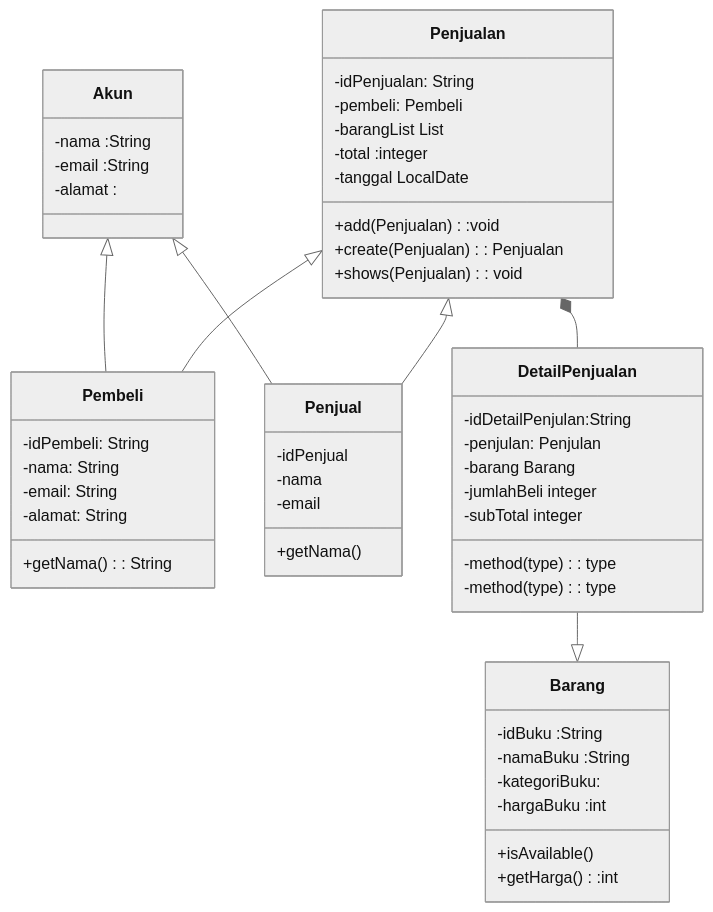
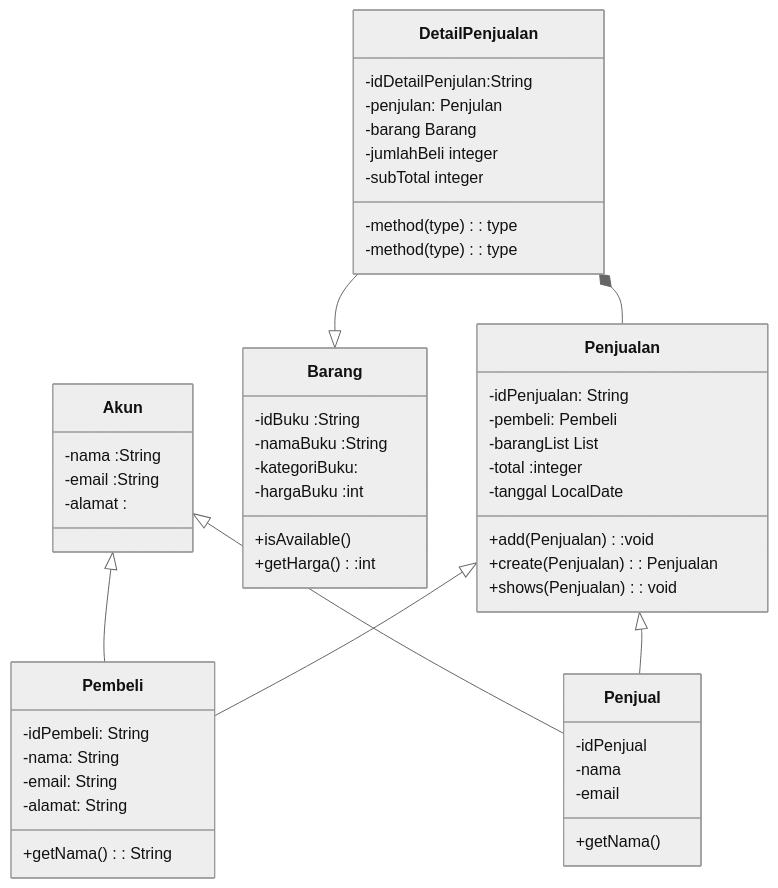
Before and after one commit to ikhsanhazamy/UAS-DASPRO: the diagram in README.md, drawn with Mermaid (neutral theme).

````diff
--- a/README.md
+++ b/README.md
@@ -3,55 +3,55 @@
 ```mermaid
 classDiagram
     class Akun{
         -nama :String
         -email :String
         -alamat :
     }
     class Barang{
         -idBuku :String
         -namaBuku :String
         -kategoriBuku:
         -hargaBuku :int
         +isAvailable() 
         +getHarga():int
     }
     class Pembeli{
         -idPembeli: String 
         -nama: String 
         -email: String 
         -alamat: String 
         +getNama(): String
     }
 
     class Penjual{
         -idPenjual
         -nama
         -email
         +getNama()
     }
     class Penjualan{
         -idPenjualan: String 
         -pembeli: Pembeli 
         -barangList List<Barang>  
         -total :integer  
         -tanggal LocalDate  
         +add(Penjualan):void   
         +create(Penjualan): Penjualan   
         +shows(Penjualan): void   
     }
     class DetailPenjualan{
         -idDetailPenjulan:String   
         -penjulan: Penjulan   
         -barang Barang    
         -jumlahBeli integer    
         -subTotal integer    
         -method(type): type    
         -method(type): type
     }
     Akun <|-- Pembeli
     Akun <|-- Penjual
     DetailPenjualan --|> Barang
-    Penjualan *-- DetailPenjualan
+    DetailPenjualan *-- Penjualan
     Penjualan <|-- Pembeli
     Penjualan <|-- Penjual
 ```
````
